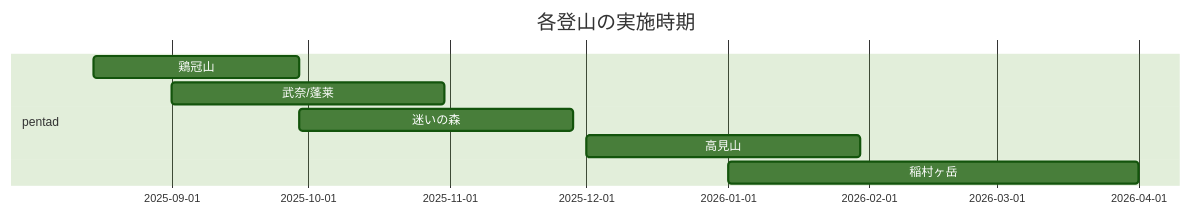
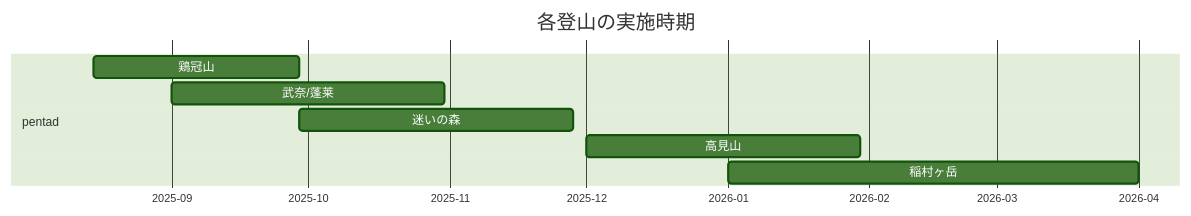
Before and after one commit to finaldonguri/web_pentad: the diagram in index.md, drawn with Mermaid (forest theme).

Commit message:
axisFormat %Y-%m追加

````diff
--- a/index.md
+++ b/index.md
@@ -26,11 +26,12 @@
 ```mermaid
 gantt
 
 title 各登山の実施時期
+axisFormat %Y-%m
 section pentad
 鶏冠山:a,2025-08-15,45d
 武奈/蓬莱:b,2025-09-01,60d
 迷いの森:c,after a,60d
 高見山:d,2025-12-01,60d
 稲村ヶ岳:e,2026-01-01,90d
 ```
````
